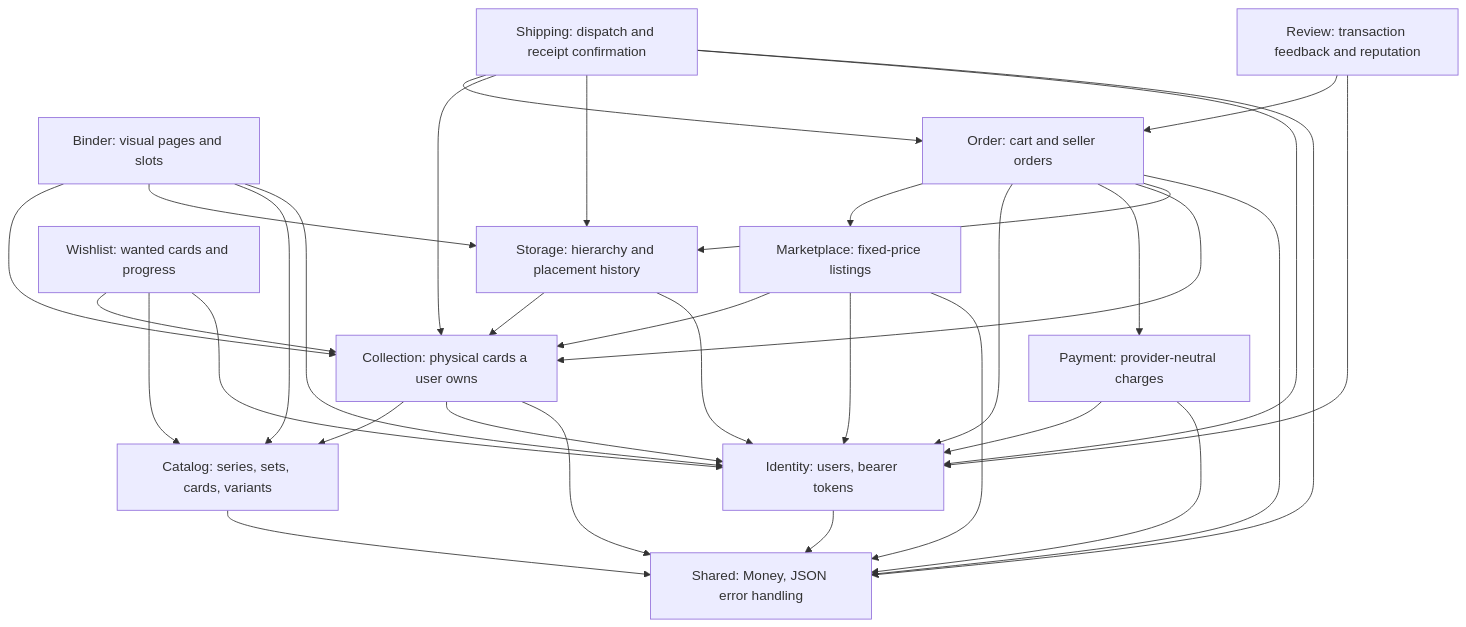
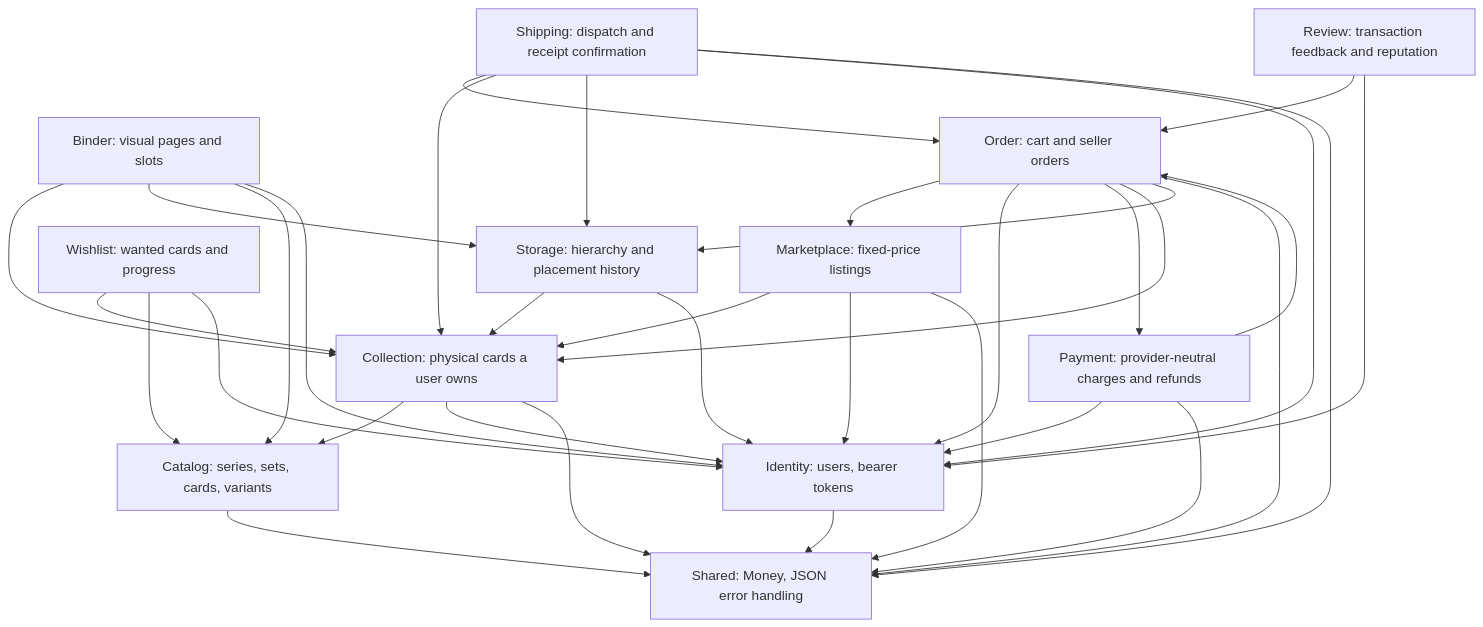
Before and after one commit to Jelmer-Ketelaar/CardNest: the third of 8 diagrams in docs/architecture.md, drawn with Mermaid. The commit also changed other lines of this file and 43 other files, not shown here.

Commit message:
[feature/order-cancellation-refunds] Add cancellation refunds

````diff
--- a/docs/architecture.md
+++ b/docs/architecture.md
@@ -65,48 +65,49 @@
 ```mermaid
 flowchart TD
     Identity[Identity: users, bearer tokens]
     Catalog[Catalog: series, sets, cards, variants]
     Collection[Collection: physical cards a user owns]
     Storage[Storage: hierarchy and placement history]
     Binder[Binder: visual pages and slots]
     Wishlist[Wishlist: wanted cards and progress]
     Marketplace[Marketplace: fixed-price listings]
     Order[Order: cart and seller orders]
-    Payment[Payment: provider-neutral charges]
+    Payment[Payment: provider-neutral charges and refunds]
     Shipping[Shipping: dispatch and receipt confirmation]
     Review[Review: transaction feedback and reputation]
     Shared[Shared: Money, JSON error handling]
 
     Collection --> Catalog
     Collection --> Identity
     Storage --> Collection
     Storage --> Identity
     Binder --> Collection
     Binder --> Storage
     Binder --> Catalog
     Binder --> Identity
     Wishlist --> Collection
     Wishlist --> Catalog
     Wishlist --> Identity
     Marketplace --> Collection
     Marketplace --> Identity
     Marketplace --> Shared
     Order --> Marketplace
     Order --> Identity
     Order --> Payment
     Order --> Collection
     Order --> Storage
     Order --> Shared
     Shipping --> Order
     Shipping --> Collection
     Shipping --> Storage
     Shipping --> Identity
     Shipping --> Shared
     Review --> Order
     Review --> Identity
     Payment --> Identity
+    Payment --> Order
     Payment --> Shared
     Catalog --> Shared
     Collection --> Shared
     Identity --> Shared
 ```
````
